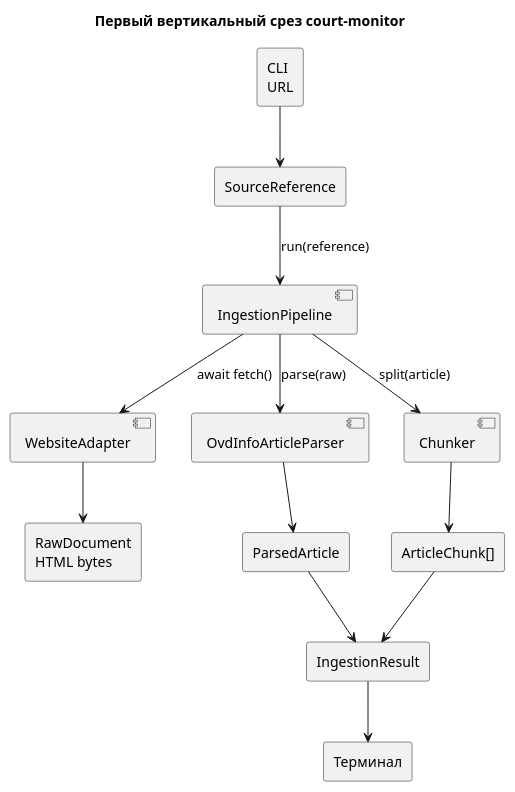
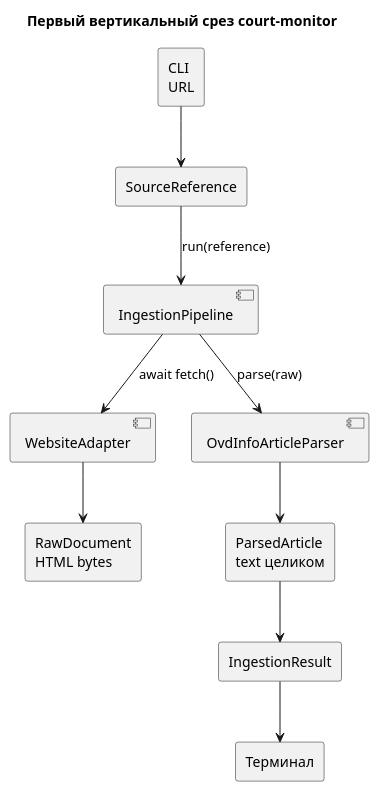
Before and after one commit to megannnn98/court-monitor: the diagram in docs/wiki/Ingestion.md, drawn with PlantUML. The commit also changed other lines of this file and 60 other files, not shown here.

First line of the commit message:
refactor: remove ArticleChunk and chunk-based/dense/hybrid search

````diff
--- a/docs/wiki/Ingestion.md
+++ b/docs/wiki/Ingestion.md
@@ -7,30 +7,25 @@
 ```plantuml
 @startuml
 title Первый вертикальный срез court-monitor
 
 rectangle "CLI\nURL" as CLI
 rectangle "SourceReference" as Reference
 component "IngestionPipeline" as Pipeline
 component "WebsiteAdapter" as Adapter
 rectangle "RawDocument\nHTML bytes" as Raw
 component "OvdInfoArticleParser" as Parser
-rectangle "ParsedArticle" as Article
-component "Chunker" as Chunker
-rectangle "ArticleChunk[]" as Chunks
+rectangle "ParsedArticle\ntext целиком" as Article
 rectangle "IngestionResult" as Result
 rectangle "Терминал" as Terminal
 
 CLI --> Reference
 Reference --> Pipeline : run(reference)
 Pipeline --> Adapter : await fetch()
 Adapter --> Raw
 Pipeline --> Parser : parse(raw)
 Parser --> Article
-Pipeline --> Chunker : split(article)
-Chunker --> Chunks
 Article --> Result
-Chunks --> Result
 Result --> Terminal
 
 @enduml
 ```
````
